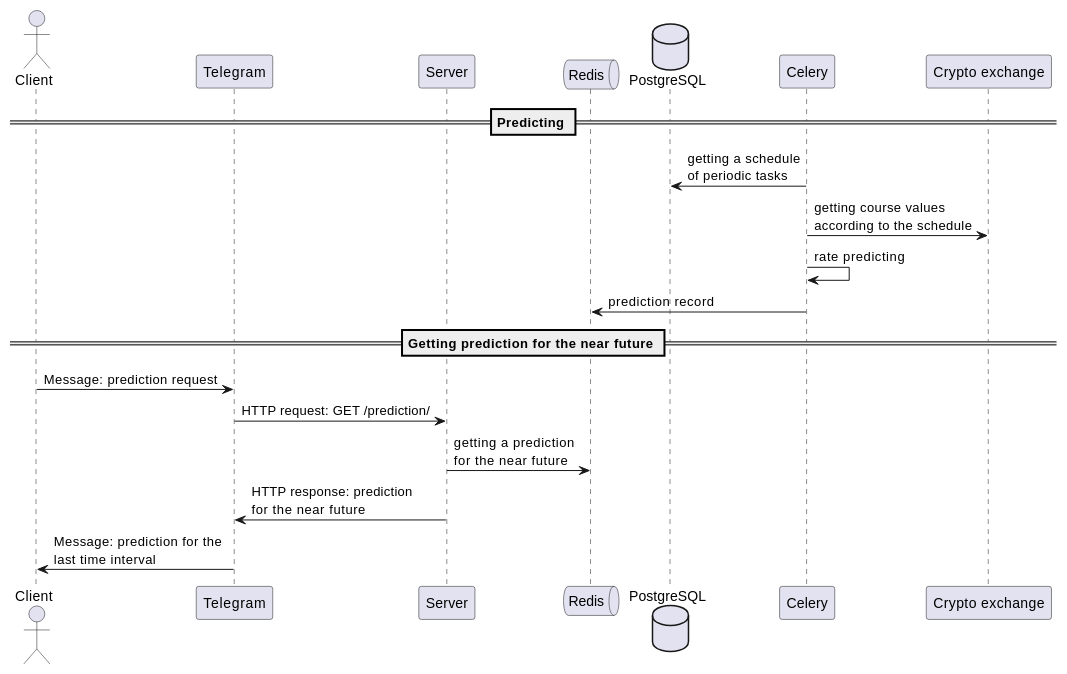
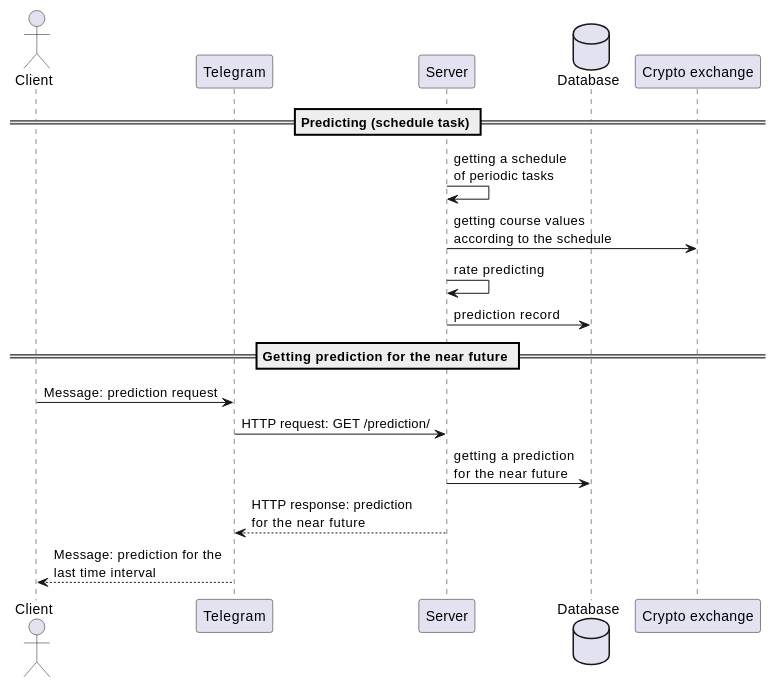
One commit to Deflaus/rate-prediction changed the first of 2 diagrams in README.md. Above: the diagram before and after it, drawn with PlantUML. The commit also changed other lines of this file and 7 other files, not shown here.

Commit message:
+ algorith tests. bitcoin rate data in csv. sequence diagram in mermaid to README.md. statsmodels, sklearn, matplotlib, black, flake8. cfg for flake8 and black

````diff
--- a/README.md
+++ b/README.md
@@ -1,24 +1,22 @@
 ```plantuml
 @startuml
 actor Client as client
 participant Telegram as telegram
 participant Server as server
-queue Redis as redis
-database PostgreSQL as postgres
-participant Celery as celery
+database Database as database
 participant "Crypto exchange" as crypto_exchange
 
-== Predicting ==
-celery -> postgres : getting a schedule\nof periodic tasks
-celery -> crypto_exchange : getting course values\naccording to the schedule
-celery -> celery : rate predicting
-celery -> redis : prediction record
+== Predicting (schedule task) ==
+server -> server : getting a schedule\nof periodic tasks
+server -> crypto_exchange : getting course values\naccording to the schedule
+server -> server : rate predicting
+server -> database : prediction record
 
 == Getting prediction for the near future ==
 client -> telegram : Message: prediction request
 telegram -> server : HTTP request: GET /prediction/
-server -> redis : getting a prediction\nfor the near future
-server -> telegram : HTTP response: prediction\nfor the near future
-telegram -> client : Message: prediction for the\nlast time interval
+server -> "database" : getting a prediction\nfor the near future
+server --> telegram : HTTP response: prediction\nfor the near future
+telegram --> client : Message: prediction for the\nlast time interval
 @enduml
 ```
````
